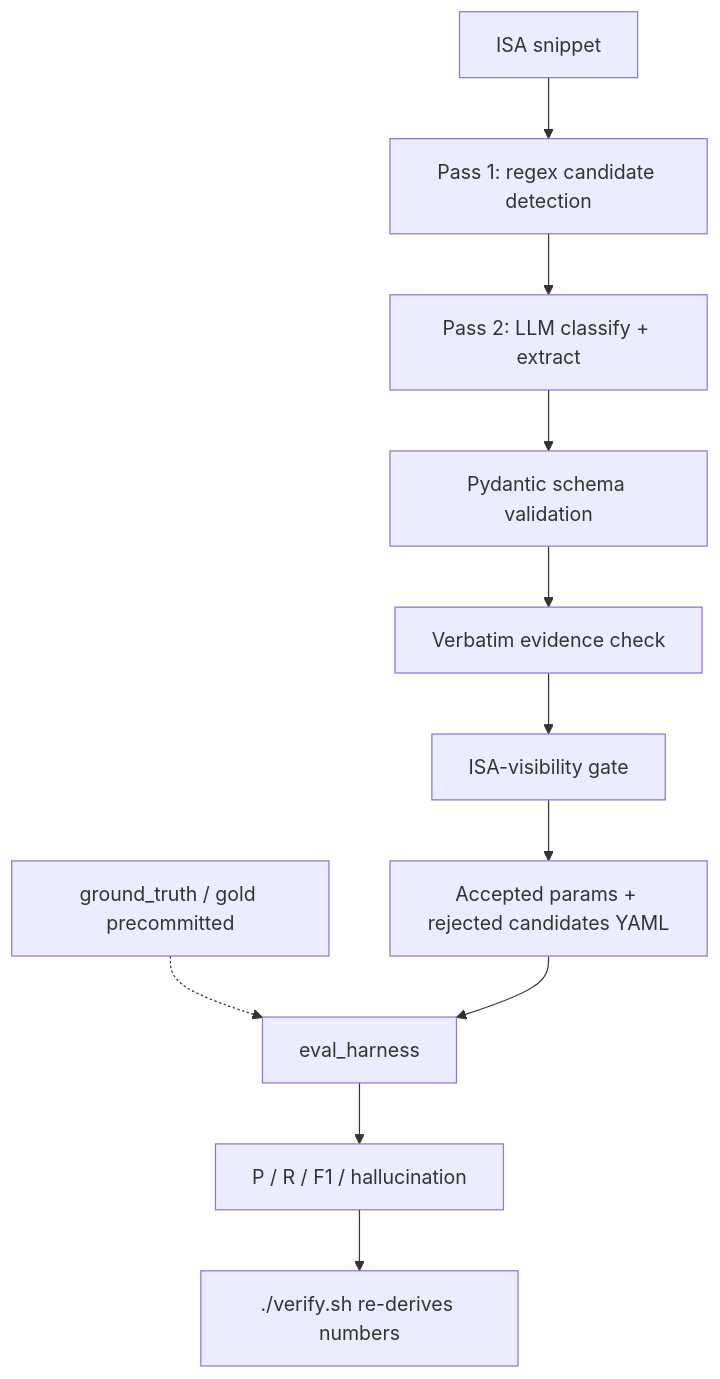
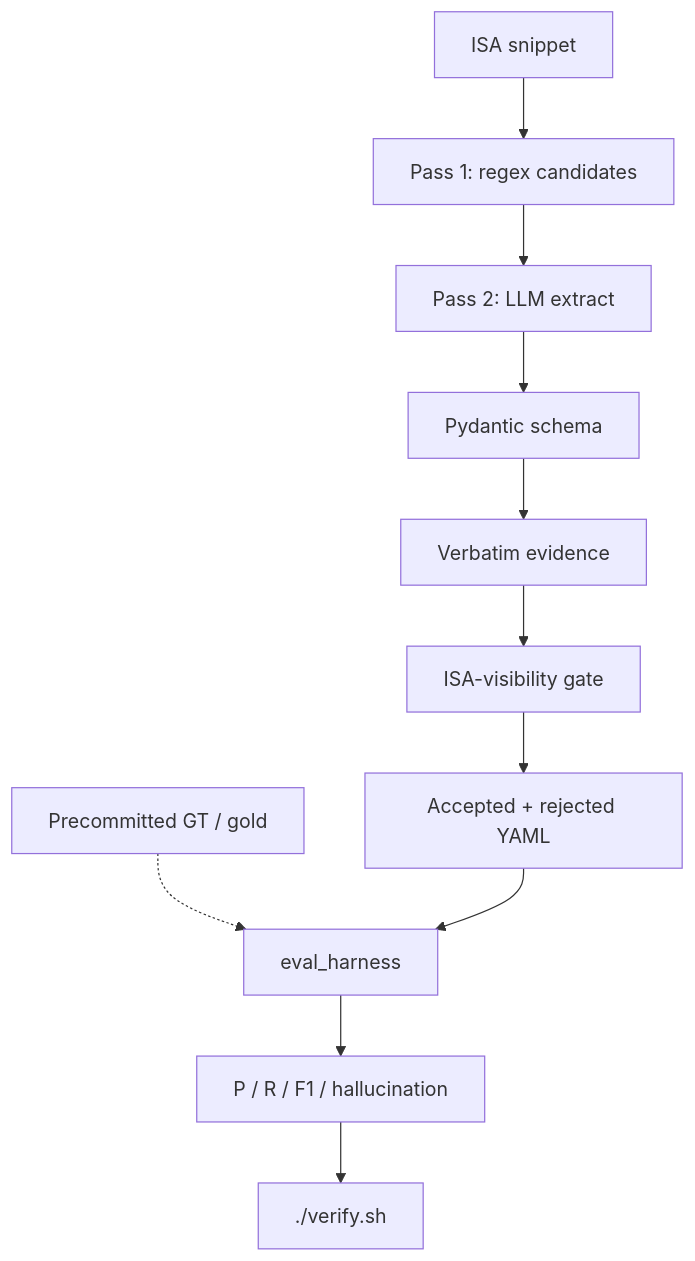
The first of 2 diagrams in README.md (Hiteshsai007/riscv-param-extractor), drawn with Mermaid before and after one commit. The commit also changed other lines of this file and 5 other files, not shown here.

Commit message:
README: verification-first + diagrams + findings

````diff
--- a/README.md
+++ b/README.md
@@ -67,13 +66,13 @@
 ```mermaid
 flowchart TD
-  S[ISA snippet] --> P1[Pass 1: regex candidate detection]
-  P1 --> P2[Pass 2: LLM classify + extract]
-  P2 --> V1[Pydantic schema validation]
-  V1 --> V2[Verbatim evidence check]
+  S[ISA snippet] --> P1[Pass 1: regex candidates]
+  P1 --> P2[Pass 2: LLM extract]
+  P2 --> V1[Pydantic schema]
+  V1 --> V2[Verbatim evidence]
   V2 --> V3[ISA-visibility gate]
-  V3 --> OUT[Accepted params + rejected candidates YAML]
-  GT[ground_truth / gold precommitted] -.-> EVAL[eval_harness]
+  V3 --> OUT[Accepted + rejected YAML]
+  GT[Precommitted GT / gold] -.-> EVAL[eval_harness]
   OUT --> EVAL
-  EVAL --> METRICS[P / R / F1 / hallucination]
-  METRICS --> VERIFY["./verify.sh re-derives numbers"]
+  EVAL --> M[P / R / F1 / hallucination]
+  M --> VER[./verify.sh]
 ```
````
